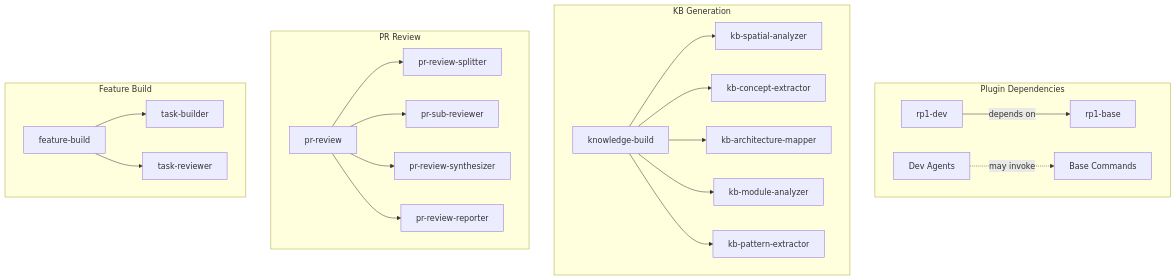
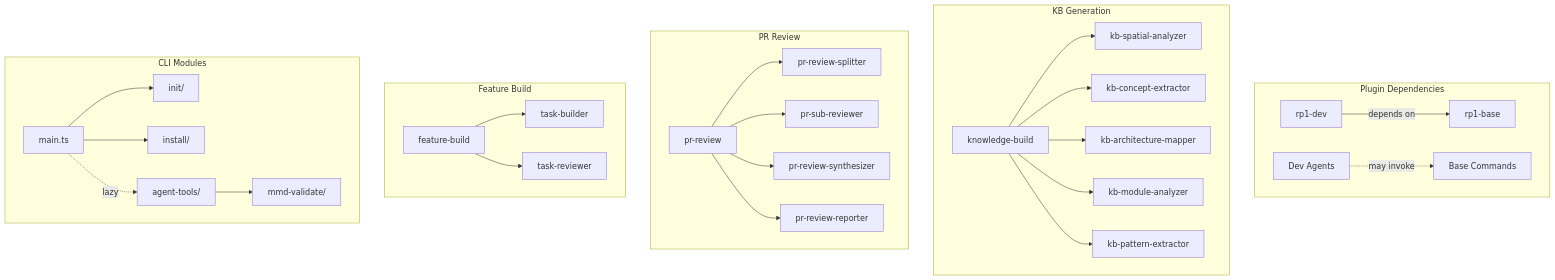
One commit to rp1-run/rp1 changed the diagram in .rp1/context/modules.md. Above: the diagram before and after it, drawn with Mermaid. The commit also changed other lines of this file and 5 other files, not shown here.

````diff
--- a/.rp1/context/modules.md
+++ b/.rp1/context/modules.md
@@ -175,27 +206,34 @@
 ```mermaid
 graph TD
     subgraph "Plugin Dependencies"
         Dev[rp1-dev] -->|depends on| Base[rp1-base]
         DevAgents[Dev Agents] -.->|may invoke| BaseCmds[Base Commands]
     end
 
     subgraph "KB Generation"
         KBBuild[knowledge-build] --> Spatial[kb-spatial-analyzer]
         KBBuild --> Concept[kb-concept-extractor]
         KBBuild --> Arch[kb-architecture-mapper]
         KBBuild --> Module[kb-module-analyzer]
         KBBuild --> Pattern[kb-pattern-extractor]
     end
 
     subgraph "PR Review"
         PRReview[pr-review] --> Splitter[pr-review-splitter]
         PRReview --> SubReviewer[pr-sub-reviewer]
         PRReview --> Synth[pr-review-synthesizer]
         PRReview --> Reporter[pr-review-reporter]
     end
 
     subgraph "Feature Build"
         FBuild[feature-build] --> Builder[task-builder]
         FBuild --> Reviewer[task-reviewer]
     end
+
+    subgraph "CLI Modules"
+        Main[main.ts] --> Init[init/]
+        Main --> Install[install/]
+        Main -.->|lazy| AgentTools[agent-tools/]
+        AgentTools --> MmdValidate[mmd-validate/]
+    end
 ```
````
